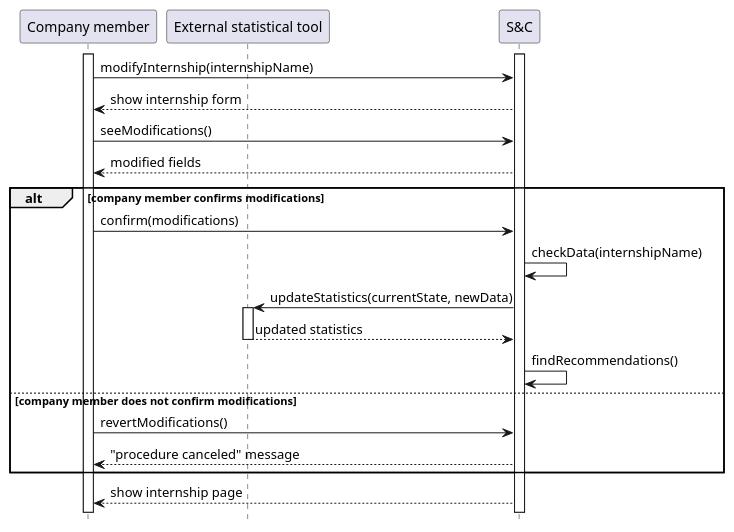
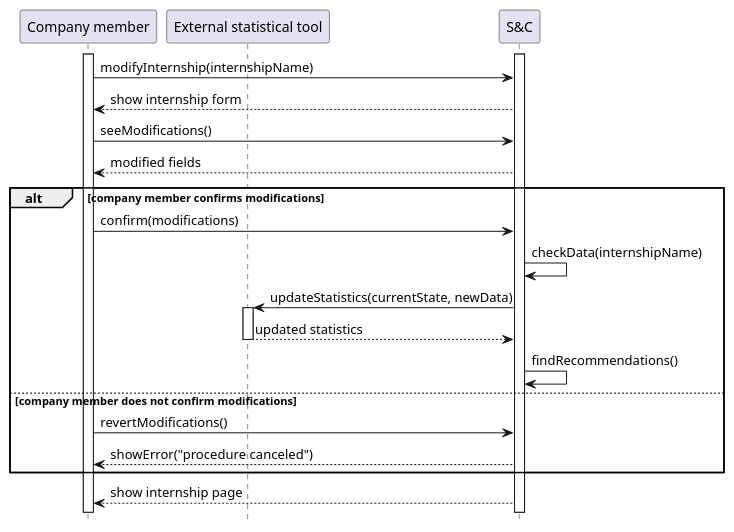
Before and after one commit to matti8702/R_and_DD_project_SE2: the diagram in RASD/Specific_requirements/uml_diagrams/UC6_diagram.puml, drawn with PlantUML. The commit also changed 7 other files, not shown here.

Commit message:
refactor: introduce showError and showMessage functions in sequence diagrams

```diff
--- a/RASD/Specific_requirements/uml_diagrams/UC6_diagram.puml
+++ b/RASD/Specific_requirements/uml_diagrams/UC6_diagram.puml
@@ -1,27 +1,27 @@
 @startuml UC6_diagram
 hide footbox
 
 participant "Company member" as CM
 participant "External statistical tool" AS EXT
 participant "S&C" AS S
 
 activate S
 activate CM
 CM -> S: modifyInternship(internshipName)
 S --> CM: show internship form
 CM -> S: seeModifications()
 S --> CM: modified fields
 alt company member confirms modifications
     CM -> S: confirm(modifications)
     S -> S: checkData(internshipName)
     S -> EXT: updateStatistics(currentState, newData)
     activate EXT
     EXT --> S: updated statistics
     deactivate EXT
     S -> S: findRecommendations()
 else company member does not confirm modifications
     CM -> S: revertModifications()
-    S --> CM: "procedure canceled" message
+    S --> CM: showError("procedure canceled")
 end
 S --> CM: show internship page
 @enduml
```
